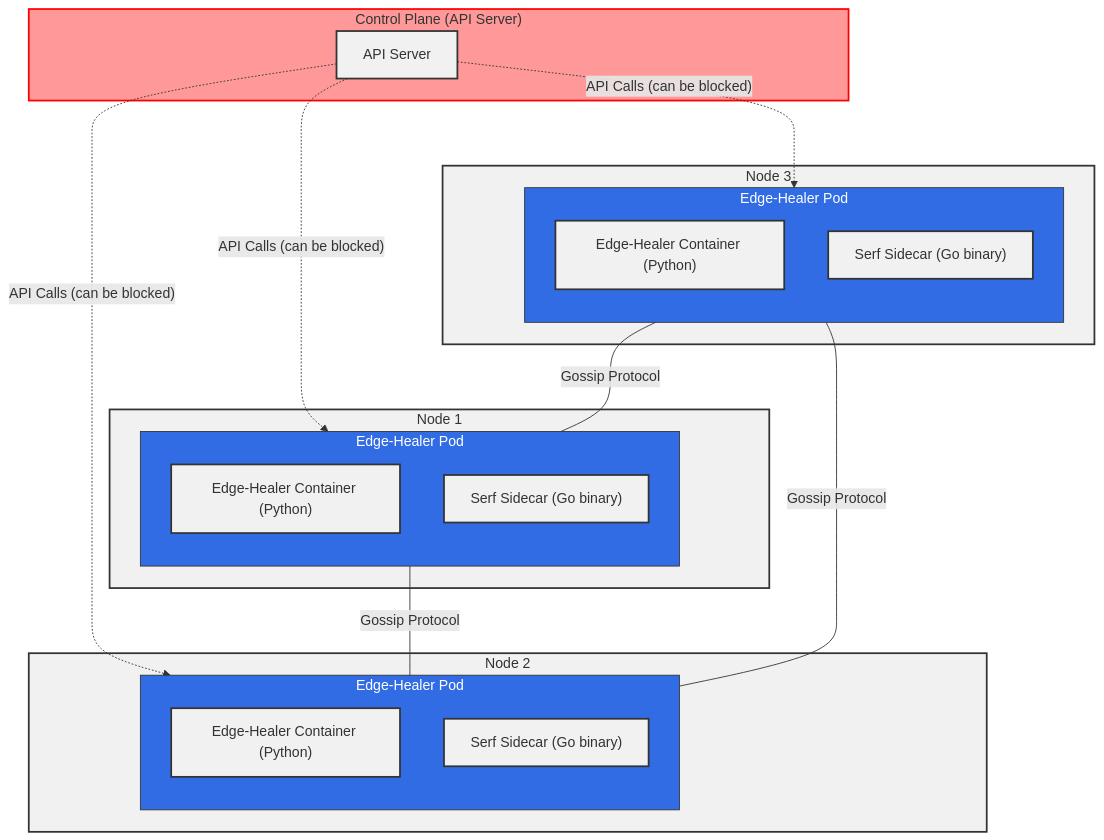
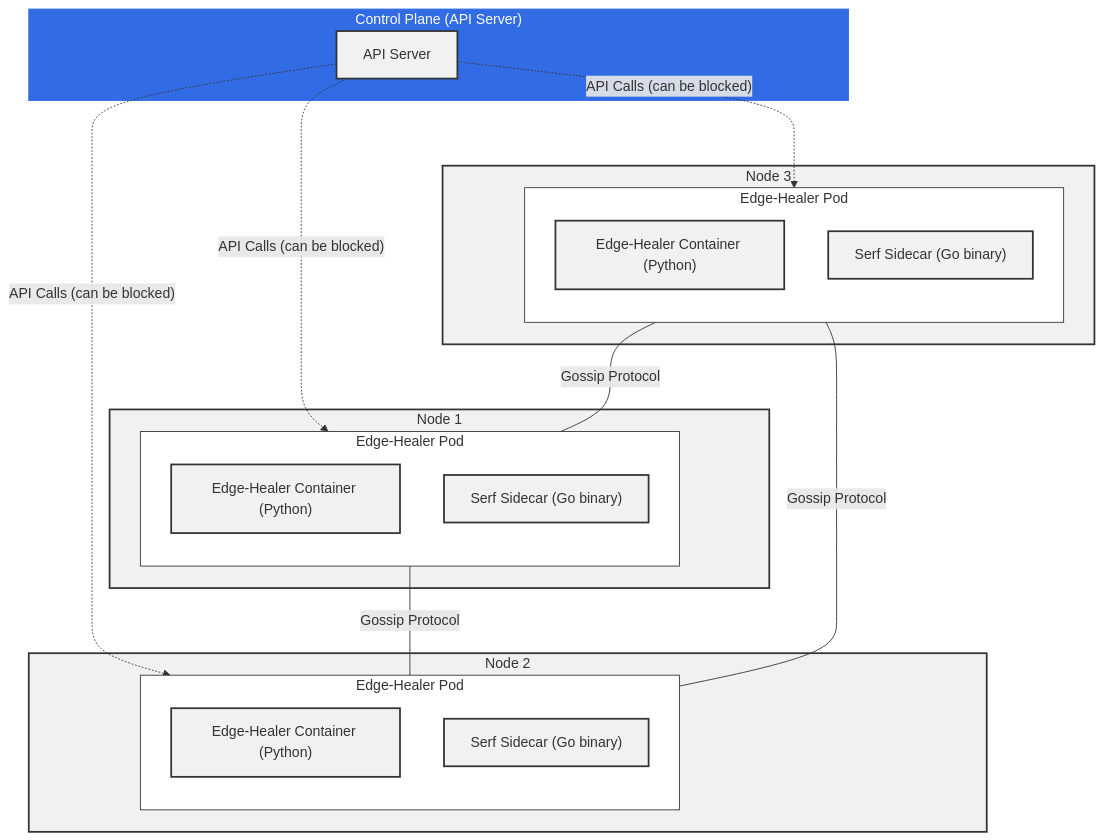
The first of 2 diagrams in README.md (dlamagna/kubernetes-edge-healer), drawn with Mermaid before and after one commit.

Commit message:
mermaid formatting

````diff
--- a/README.md
+++ b/README.md
@@ -22,49 +22,49 @@
 ```mermaid
 flowchart TB
     subgraph Control_Plane["Control Plane (API Server)"]
-        style Control_Plane fill:#ff9999,stroke:#ff0000
+        style Control_Plane fill:#326ce5,stroke:#326ce5,color:#fff
         CP["API Server"]
     end
 
     subgraph Node1["Node 1"]
         subgraph Pod1["Edge-Healer Pod"]
             direction TB
             C1["Edge-Healer Container (Python)"]
             S1["Serf Sidecar (Go binary)"]
         end
     end
 
     subgraph Node2["Node 2"]
         subgraph Pod2["Edge-Healer Pod"]
             direction TB
             C2["Edge-Healer Container (Python)"]
             S2["Serf Sidecar (Go binary)"]
         end
     end
 
     subgraph Node3["Node 3"]
         subgraph Pod3["Edge-Healer Pod"]
             direction TB
             C3["Edge-Healer Container (Python)"]
             S3["Serf Sidecar (Go binary)"]
         end
     end
 
     %% Control Plane connections (dashed to show it can be cut off)
     CP -.->|"API Calls (can be blocked)"| Pod1
     CP -.->|"API Calls (can be blocked)"| Pod2
     CP -.->|"API Calls (can be blocked)"| Pod3
 
     %% Serf gossip network (solid lines to show it's always active)
     S1 ---|"Gossip Protocol"| S2
     S2 ---|"Gossip Protocol"| S3
     S3 ---|"Gossip Protocol"| S1
 
     %% Layout hints
     classDef node fill:#f1f1f1,stroke:#333,stroke-width:2px
-    classDef pod fill:#326ce5,stroke:#333,stroke-width:1px,color:#fff
-    classDef control fill:#ff9999,stroke:#ff0000,stroke-width:2px
+    classDef pod fill:#fff,stroke:#333,stroke-width:1px
+    classDef control fill:#326ce5,stroke:#326ce5,color:#fff
     class Node1,Node2,Node3 node
     class Pod1,Pod2,Pod3 pod
     class Control_Plane control
 ```
````
